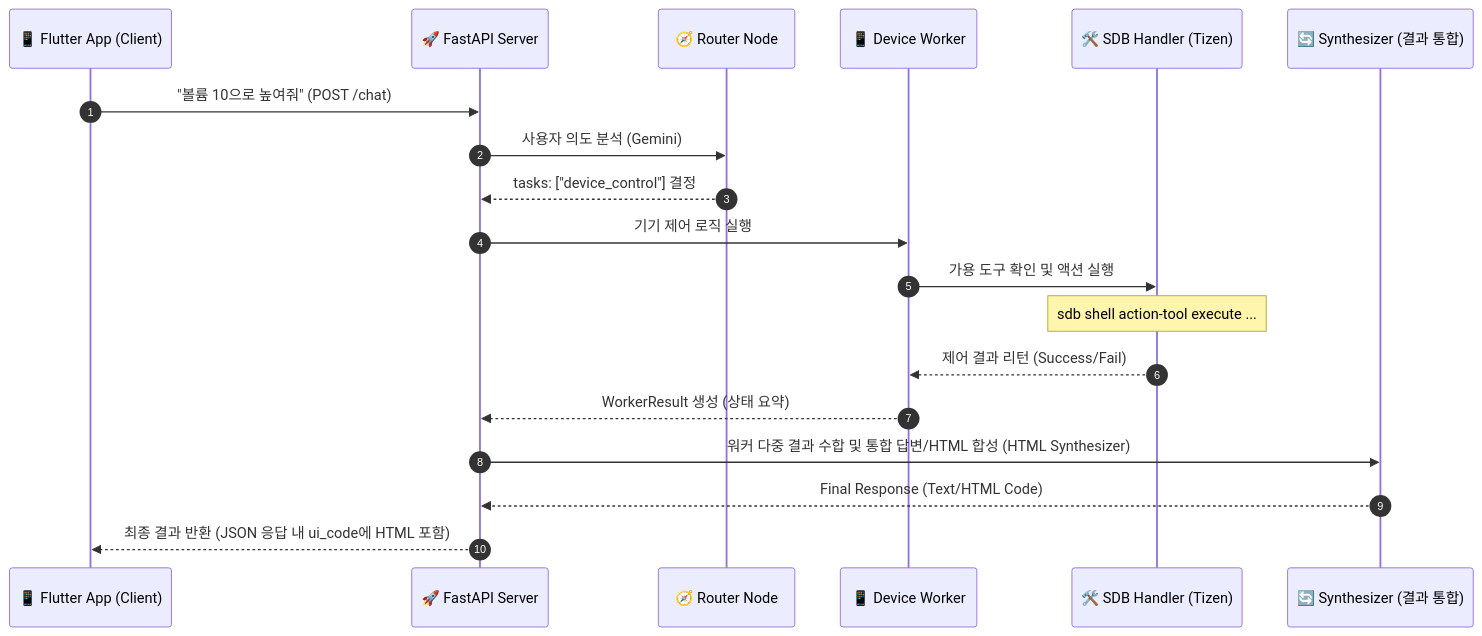
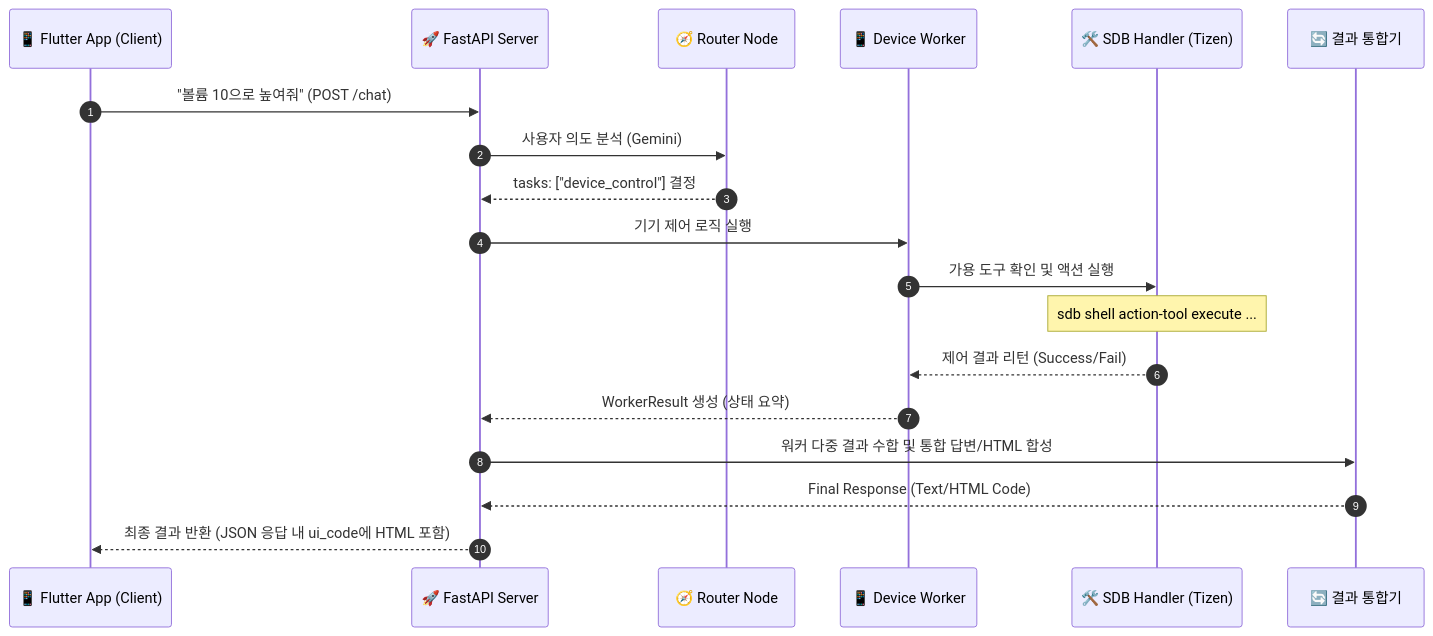
The third of 3 diagrams in README.md (shyunMin/tizen-home-agent), drawn with Mermaid before and after one commit. The commit also changed other lines of this file, not shown here.

Commit message:
Update README.md architecture diagram and agent naming

````diff
--- a/README.md
+++ b/README.md
@@ -105,25 +100,25 @@
 ```mermaid
 sequenceDiagram
     autonumber
     participant App as 📱 Flutter App (Client)
     participant Server as 🚀 FastAPI Server
     participant Router as 🧭 Router Node
     participant Device as 📱 Device Worker
     participant SDB as 🛠️ SDB Handler (Tizen)
-    participant Recon as 🔄 Synthesizer (결과 통합)
+    participant Recon as 🔄 결과 통합기
 
     App->>Server: "볼륨 10으로 높여줘" (POST /chat)
     Server->>Router: 사용자 의도 분석 (Gemini)
     Router-->>Server: tasks: ["device_control"] 결정
     
     Server->>Device: 기기 제어 로직 실행
     Device->>SDB: 가용 도구 확인 및 액션 실행
     Note over SDB: sdb shell action-tool execute ...
     SDB-->>Device: 제어 결과 리턴 (Success/Fail)
     
     Device-->>Server: WorkerResult 생성 (상태 요약)
-    Server->>Recon: 워커 다중 결과 수합 및 통합 답변/HTML 합성 (HTML Synthesizer)
+    Server->>Recon: 워커 다중 결과 수합 및 통합 답변/HTML 합성
     Recon-->>Server: Final Response (Text/HTML Code)
     
     Server-->>App: 최종 결과 반환 (JSON 응답 내 ui_code에 HTML 포함)
 ```
````
